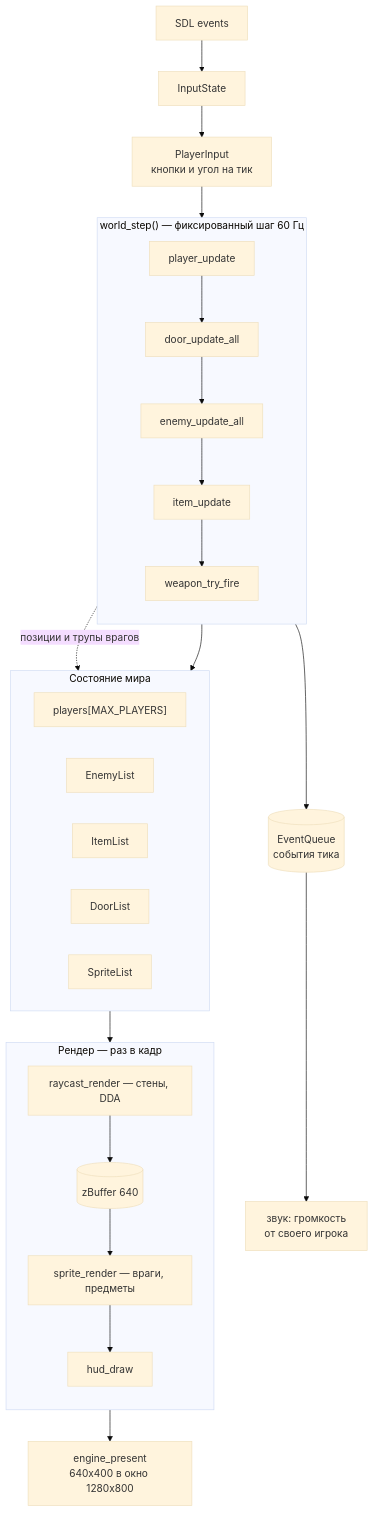
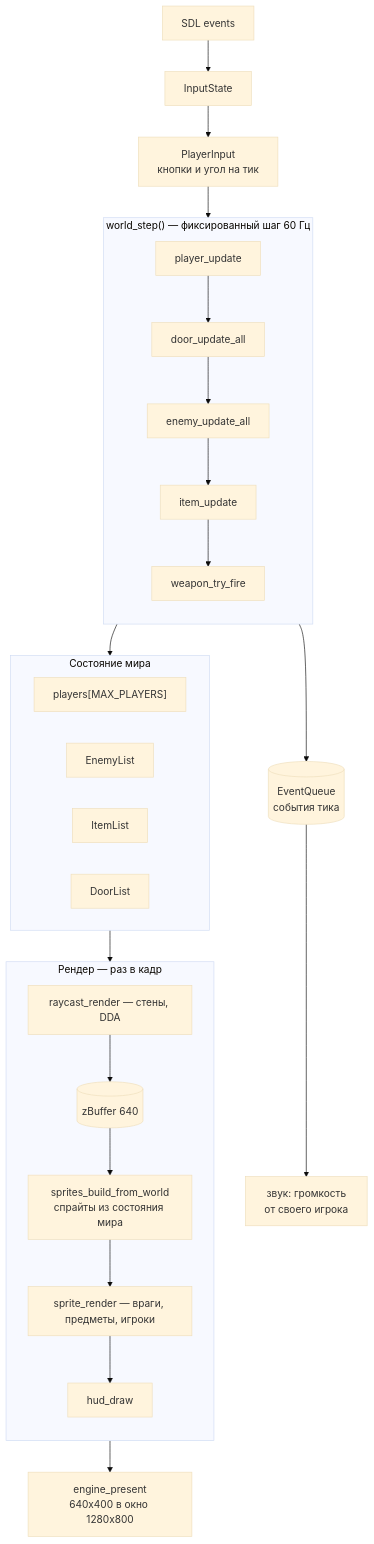
One commit to AlexEr92/doom-clone changed the diagram in docs/architecture.md. Above: the diagram before and after it, drawn with Mermaid (base theme). The commit also changed other lines of this file and 20 other files, not shown here.

````diff
--- a/docs/architecture.md
+++ b/docs/architecture.md
@@ -33,38 +33,36 @@
 ```mermaid
 flowchart TB
     ev["SDL events"] --> inp["InputState"]
     inp --> pi["PlayerInput<br/>кнопки и угол на тик"]
 
     subgraph sim["world_step() — фиксированный шаг 60 Гц"]
         direction TB
         pl["player_update"] --> dr["door_update_all"]
         dr --> en["enemy_update_all"]
         en --> it["item_update"]
         it --> wp["weapon_try_fire"]
     end
 
     subgraph st["Состояние мира"]
         direction LR
         sp1["players[MAX_PLAYERS]"]
         sp2["EnemyList"]
         sp3["ItemList"]
         sp4["DoorList"]
-        sp5["SpriteList"]
     end
 
     subgraph rnd["Рендер — раз в кадр"]
         direction TB
         rc["raycast_render — стены, DDA"] --> zb[("zBuffer 640")]
-        zb --> spr["sprite_render — враги, предметы"]
+        zb --> bld["sprites_build_from_world<br/>спрайты из состояния мира"]
+        bld --> spr["sprite_render — враги, предметы, игроки"]
         spr --> hud["hud_draw"]
     end
 
     pi --> sim
     sim --> st
     sim --> evq[("EventQueue<br/>события тика")]
     evq --> aud["звук: громкость<br/>от своего игрока"]
     st --> rnd
     hud --> pres["engine_present<br/>640x400 в окно 1280x800"]
-
-    en -. "позиции и трупы врагов" .-> sp5
 ```
````
